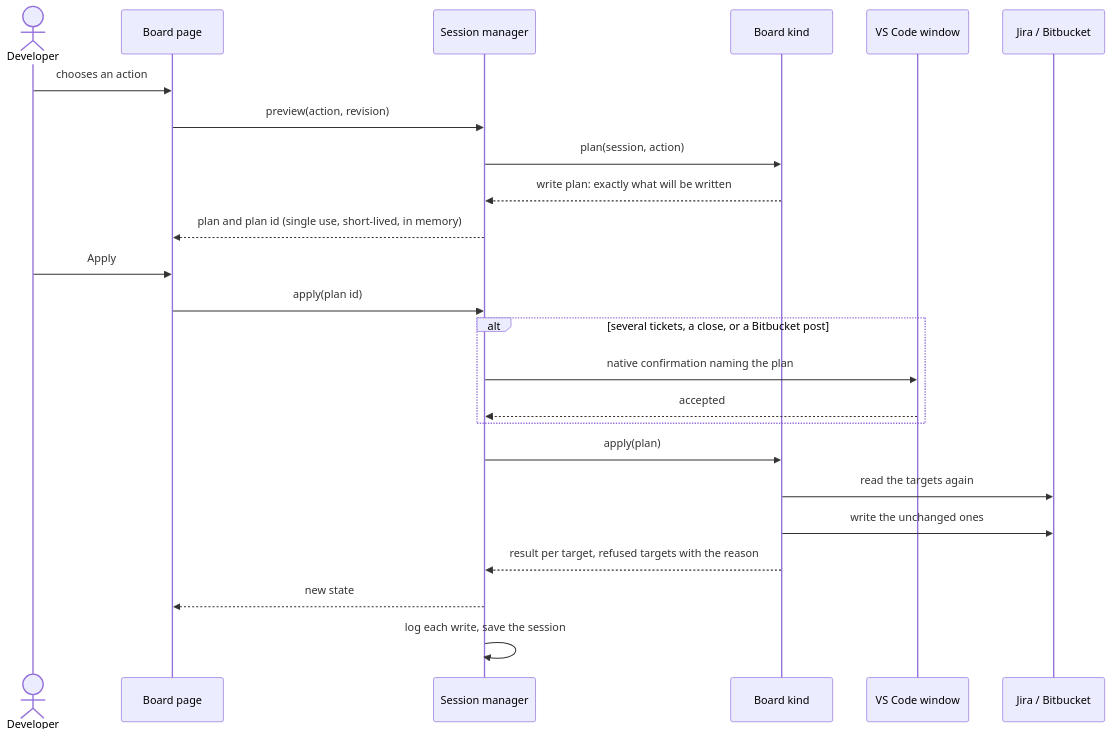
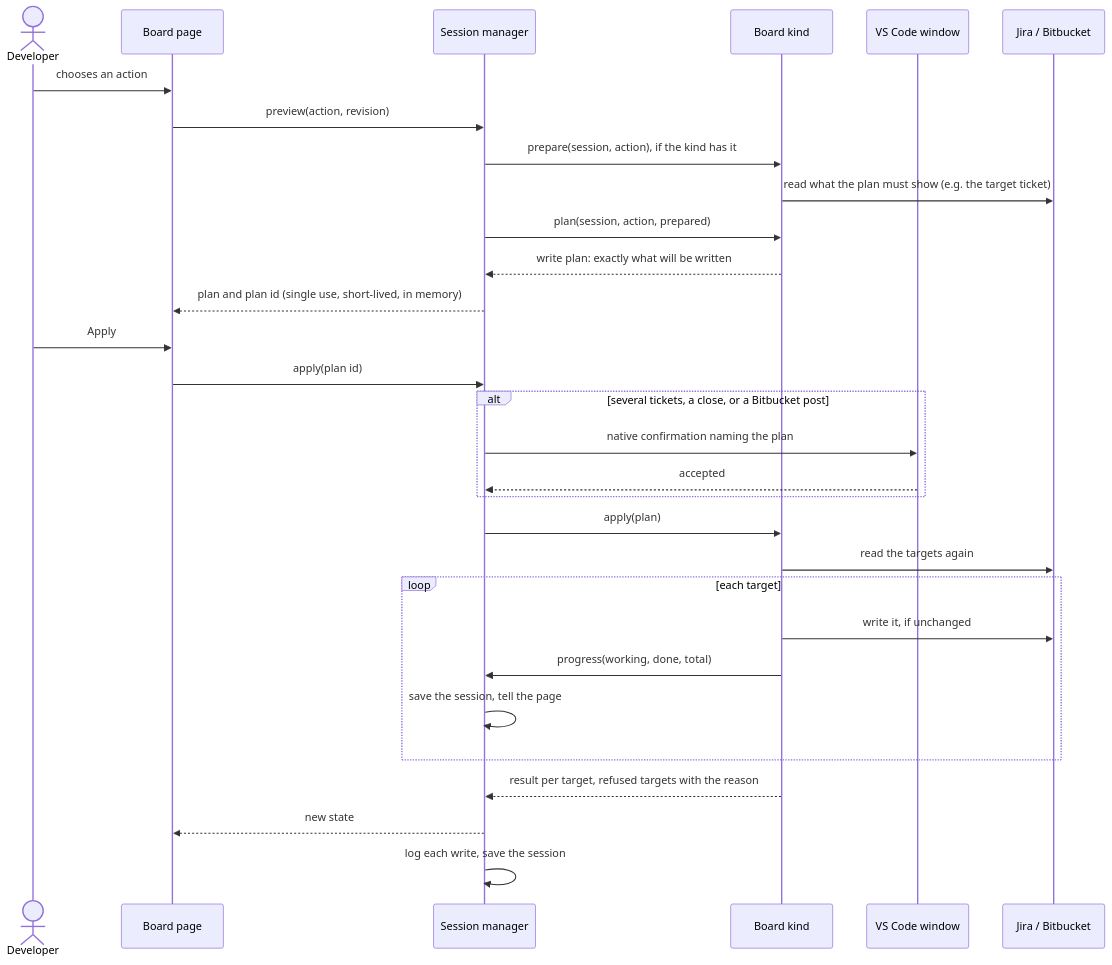
The fourth of 4 diagrams in docs/architecture/boards-and-sessions.md (rbreunung/ticket-sidekick), drawn with Mermaid before and after one commit. The commit also changed other lines of this file and 22 other files, not shown here.

````diff
--- a/docs/architecture/boards-and-sessions.md
+++ b/docs/architecture/boards-and-sessions.md
@@ -173,26 +176,32 @@
 ```mermaid
 sequenceDiagram
   actor U as Developer
   participant P as Board page
   participant M as Session manager
   participant K as Board kind
   participant V as VS Code window
   participant J as Jira / Bitbucket
   U->>P: chooses an action
   P->>M: preview(action, revision)
-  M->>K: plan(session, action)
+  M->>K: prepare(session, action), if the kind has it
+  K->>J: read what the plan must show (e.g. the target ticket)
+  M->>K: plan(session, action, prepared)
   K-->>M: write plan: exactly what will be written
   M-->>P: plan and plan id (single use, short-lived, in memory)
   U->>P: Apply
   P->>M: apply(plan id)
   alt several tickets, a close, or a Bitbucket post
     M->>V: native confirmation naming the plan
     V-->>M: accepted
   end
   M->>K: apply(plan)
   K->>J: read the targets again
-  K->>J: write the unchanged ones
+  loop each target
+    K->>J: write it, if unchanged
+    K->>M: progress(working, done, total)
+    M->>M: save the session, tell the page
+  end
   K-->>M: result per target, refused targets with the reason
   M-->>P: new state
   M->>M: log each write, save the session
 ```
````
